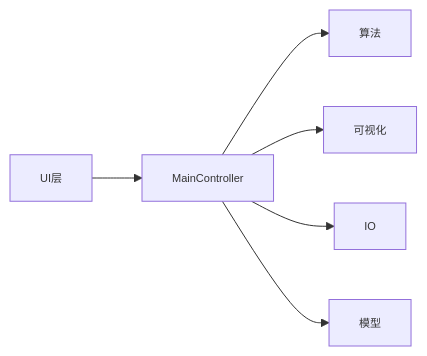
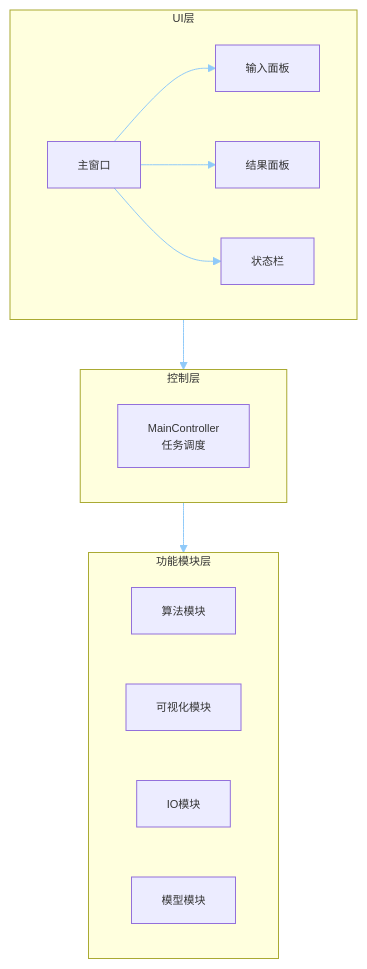
One commit to yyj138/topological-sort changed the first of 2 diagrams in README.md. Above: the diagram before and after it, drawn with Mermaid.

Commit message:
【main】同步README

````diff
--- a/README.md
+++ b/README.md
@@ -44,9 +44,20 @@
 ```mermaid
-%%{init: {'themeVariables': {'fontSize': '11px', 'fontFamily': 'Microsoft YaHei'}}}%%
-flowchart LR
-    A[UI层] --> B[MainController]
-    B --> C[算法]
-    B --> D[可视化]
-    B --> E[IO]
-    B --> F[模型]
+%%{init: {'themeVariables': {'fontSize': '11px', 'fontFamily': 'Microsoft YaHei', 'primaryColor': '#e3f2fd', 'lineColor': '#90caf9', 'borderColor': '#64b5f6'}}}%%
+flowchart TB
+    subgraph UI层
+        A1[主窗口] --> A2[输入面板]
+        A1 --> A3[结果面板]
+        A1 --> A4[状态栏]
+    end
+    subgraph 控制层
+        B1[MainController<br/>任务调度]
+    end
+    subgraph 功能模块层
+        C1[算法模块]
+        C2[可视化模块]
+        C3[IO模块]
+        C4[模型模块]
+    end
+    UI层 --> 控制层
+    控制层 --> 功能模块层
 ```
````
